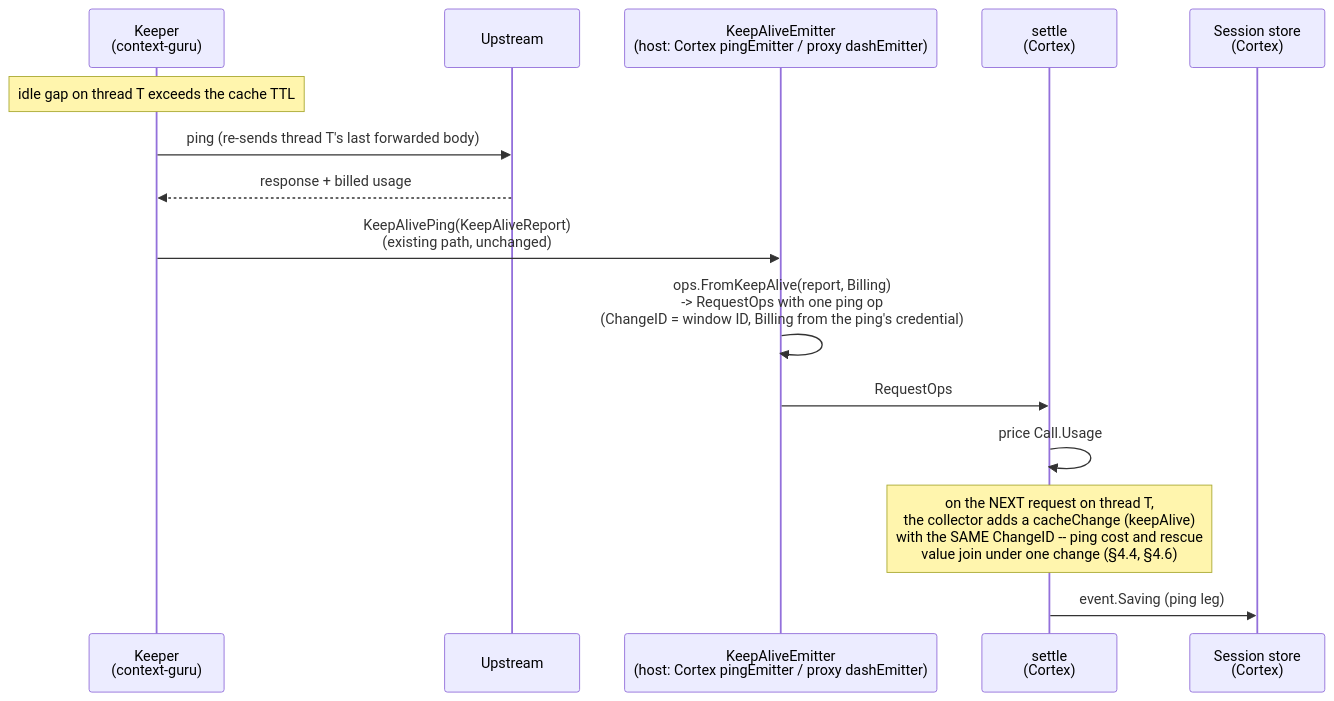
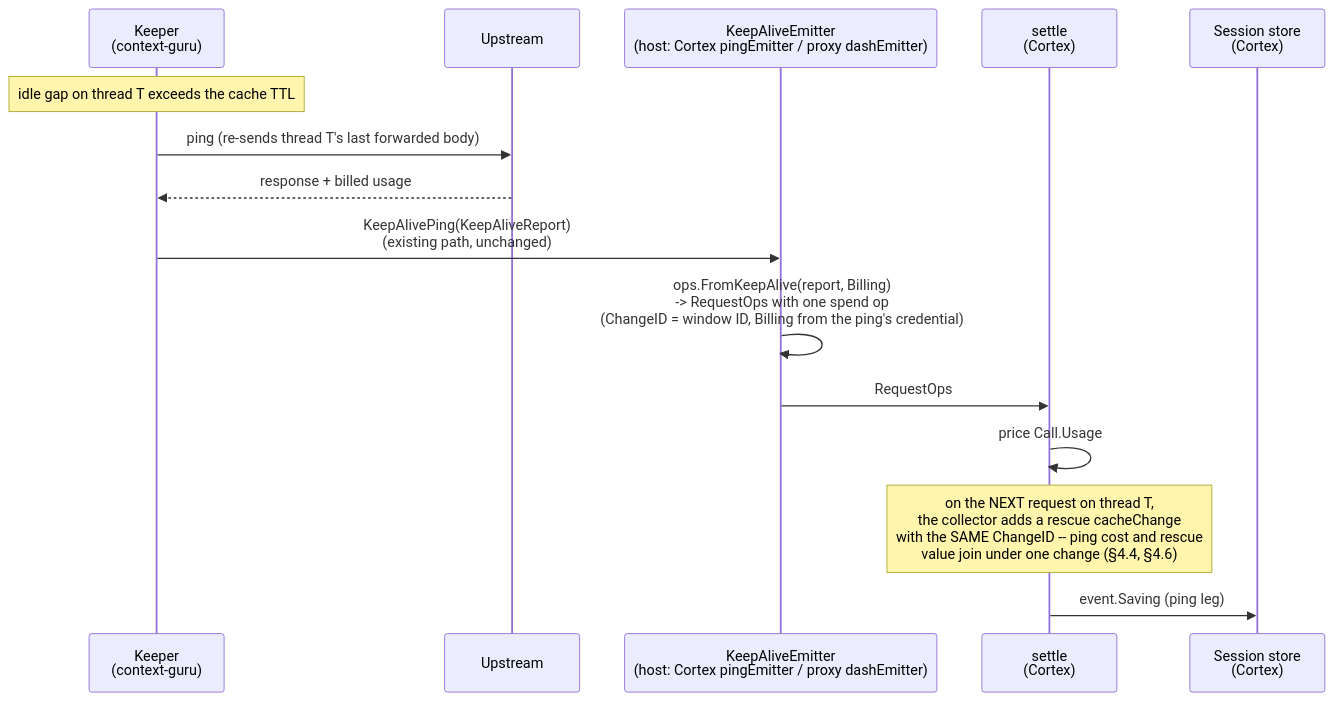
Before and after one commit to rossoctl/context-guru: the third of 3 diagrams in docs/superpowers/specs/2026-10-18-context-operations-cortex-wiring.md, drawn with Mermaid. The commit also changed other lines of this file and 2 other files, not shown here.

First line of the commit message:
docs: Move the collector to the wiring document and fix review findings

````diff
--- a/docs/superpowers/specs/2026-10-18-context-operations-cortex-wiring.md
+++ b/docs/superpowers/specs/2026-10-18-context-operations-cortex-wiring.md
@@ -179,18 +178,18 @@
 ```mermaid
 sequenceDiagram
     participant Keeper as Keeper<br/>(context-guru)
     participant Upstream
     participant Emitter as KeepAliveEmitter<br/>(host: Cortex pingEmitter / proxy dashEmitter)
     participant Settle as settle<br/>(Cortex)
     participant Store as Session store<br/>(Cortex)
 
     Note over Keeper: idle gap on thread T exceeds the cache TTL
     Keeper->>Upstream: ping (re-sends thread T's last forwarded body)
     Upstream-->>Keeper: response + billed usage
     Keeper->>Emitter: KeepAlivePing(KeepAliveReport)<br/>(existing path, unchanged)
-    Emitter->>Emitter: ops.FromKeepAlive(report, Billing)<br/>-> RequestOps with one ping op<br/>(ChangeID = window ID, Billing from the ping's credential)
+    Emitter->>Emitter: ops.FromKeepAlive(report, Billing)<br/>-> RequestOps with one spend op<br/>(ChangeID = window ID, Billing from the ping's credential)
     Emitter->>Settle: RequestOps
     Settle->>Settle: price Call.Usage
-    Note over Settle: on the NEXT request on thread T,<br/>the collector adds a cacheChange (keepAlive)<br/>with the SAME ChangeID -- ping cost and rescue<br/>value join under one change (§4.4, §4.6)
+    Note over Settle: on the NEXT request on thread T,<br/>the collector adds a rescue cacheChange<br/>with the SAME ChangeID -- ping cost and rescue<br/>value join under one change (§4.4, §4.6)
     Settle->>Store: event.Saving (ping leg)
 ```
````
